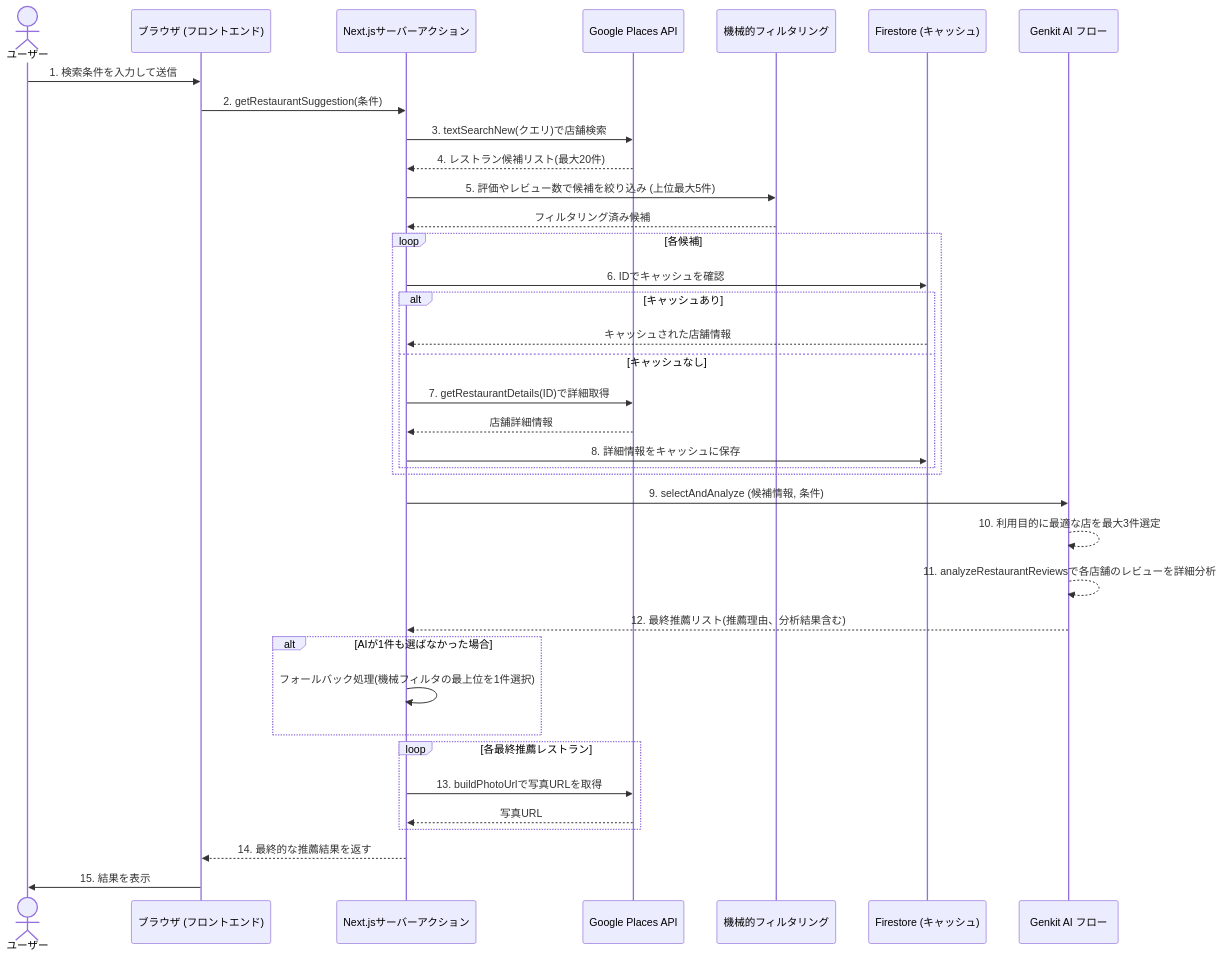
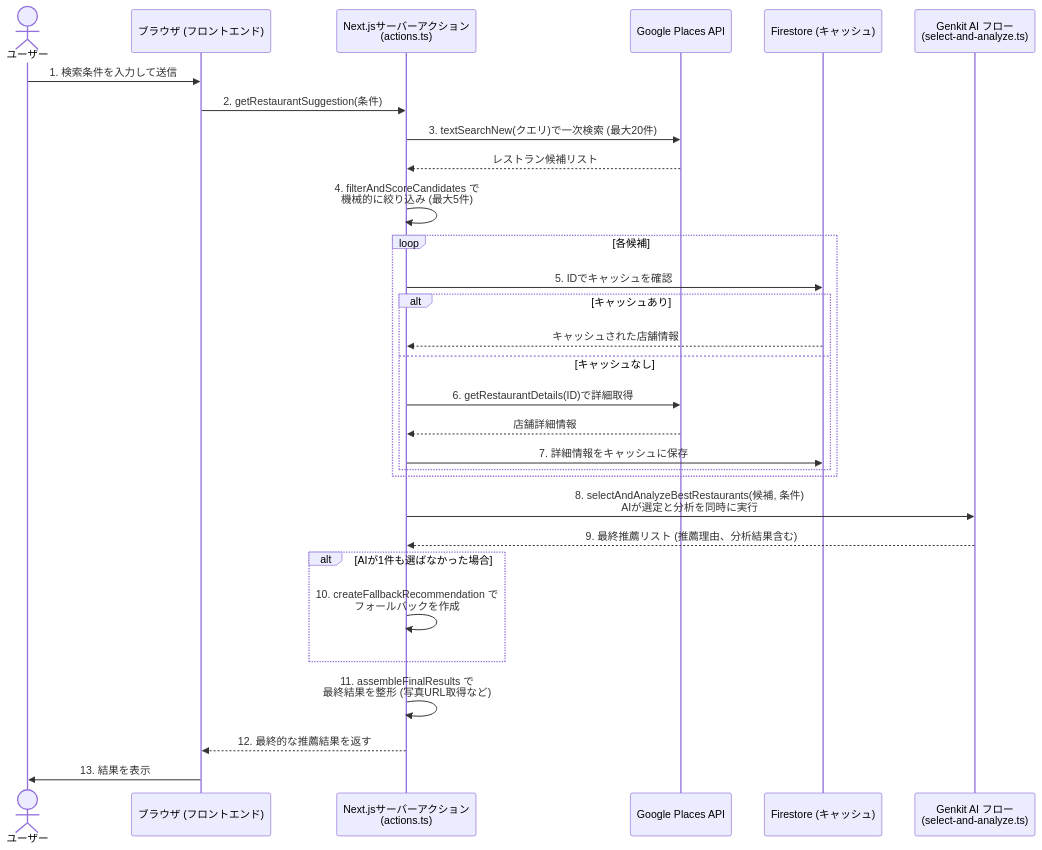
Before and after one commit to Yuya-Ishibashi0/AI-kanji: the second of 2 diagrams in README.md, drawn with Mermaid. The commit also changed other lines of this file, not shown here.

Commit message:
OK.次。

````diff
--- a/README.md
+++ b/README.md
@@ -80,45 +80,40 @@
 ```mermaid
 sequenceDiagram
     actor User as ユーザー
     participant Browser as ブラウザ (フロントエンド)
-    participant ServerAction as Next.jsサーバーアクション
+    participant ServerAction as Next.jsサーバーアクション<br>(actions.ts)
     participant PlacesAPI as Google Places API
-    participant Filter as 機械的フィルタリング
     participant Firestore as Firestore (キャッシュ)
-    participant GenkitAI as Genkit AI フロー
+    participant GenkitAI as Genkit AI フロー<br>(select-and-analyze.ts)
 
     User->>Browser: 1. 検索条件を入力して送信
     Browser->>ServerAction: 2. getRestaurantSuggestion(条件)
-    ServerAction->>PlacesAPI: 3. textSearchNew(クエリ)で店舗検索
-    PlacesAPI-->>ServerAction: 4. レストラン候補リスト(最大20件)
-    ServerAction->>Filter: 5. 評価やレビュー数で候補を絞り込み (上位最大5件)
-    Filter-->>ServerAction: フィルタリング済み候補
+    
+    ServerAction->>PlacesAPI: 3. textSearchNew(クエリ)で一次検索 (最大20件)
+    PlacesAPI-->>ServerAction: レストラン候補リスト
+    
+    ServerAction->>ServerAction: 4. filterAndScoreCandidates で<br>機械的に絞り込み (最大5件)
     
     loop 各候補
-        ServerAction->>Firestore: 6. IDでキャッシュを確認
+        ServerAction->>Firestore: 5. IDでキャッシュを確認
         alt キャッシュあり
             Firestore-->>ServerAction: キャッシュされた店舗情報
         else キャッシュなし
-            ServerAction->>PlacesAPI: 7. getRestaurantDetails(ID)で詳細取得
+            ServerAction->>PlacesAPI: 6. getRestaurantDetails(ID)で詳細取得
             PlacesAPI-->>ServerAction: 店舗詳細情報
-            ServerAction->>Firestore: 8. 詳細情報をキャッシュに保存
+            ServerAction->>Firestore: 7. 詳細情報をキャッシュに保存
         end
     end
-
-    ServerAction->>GenkitAI: 9. selectAndAnalyze (候補情報, 条件)
-    GenkitAI-->>GenkitAI: 10. 利用目的に最適な店を最大3件選定
-    GenkitAI-->>GenkitAI: 11. analyzeRestaurantReviewsで各店舗のレビューを詳細分析
-    GenkitAI-->>ServerAction: 12. 最終推薦リスト(推薦理由、分析結果含む)
+    
+    ServerAction->>GenkitAI: 8. selectAndAnalyzeBestRestaurants(候補, 条件)<br>AIが選定と分析を同時に実行
+    GenkitAI-->>ServerAction: 9. 最終推薦リスト (推薦理由、分析結果含む)
     
     alt AIが1件も選ばなかった場合
-      ServerAction->>ServerAction: フォールバック処理(機械フィルタの最上位を1件選択)
-    end
-
-    loop 各最終推薦レストラン
-      ServerAction->>PlacesAPI: 13. buildPhotoUrlで写真URLを取得
-      PlacesAPI-->>ServerAction: 写真URL
+      ServerAction->>ServerAction: 10. createFallbackRecommendation で<br>フォールバックを作成
     end
     
-    ServerAction-->>Browser: 14. 最終的な推薦結果を返す
-    Browser->>User: 15. 結果を表示
+    ServerAction->>ServerAction: 11. assembleFinalResults で<br>最終結果を整形 (写真URL取得など)
+    
+    ServerAction-->>Browser: 12. 最終的な推薦結果を返す
+    Browser->>User: 13. 結果を表示
 ```
````
